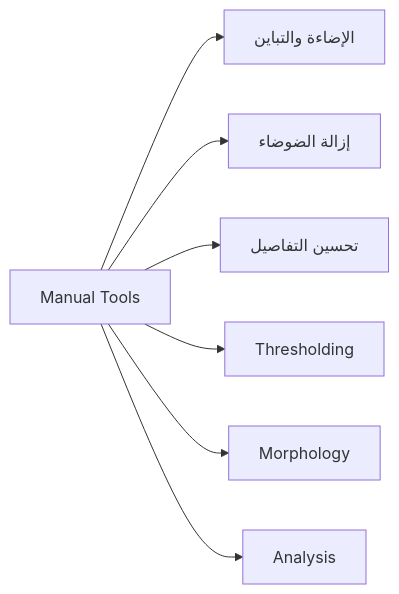
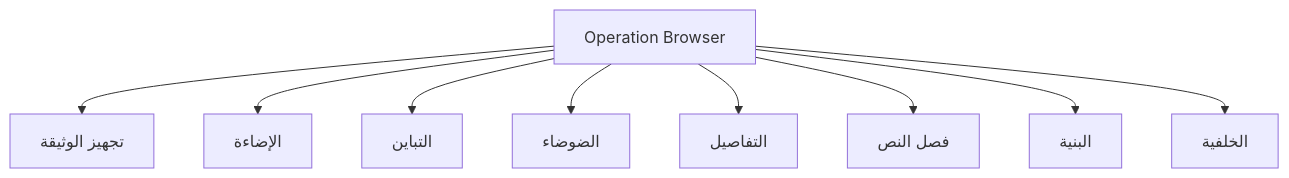
The fifth of 7 diagrams in docs/frontend-components.md (Alhareith/manuscript-doctor), drawn with Mermaid before and after one commit. The commit also changed other lines of this file and 168 other files, not shown here.

````diff
--- a/docs/frontend-components.md
+++ b/docs/frontend-components.md
@@ -189,10 +206,11 @@
 ```mermaid
-flowchart LR
-    A["Manual Tools"]
-    A --> B["الإضاءة والتباين"]
-    A --> C["إزالة الضوضاء"]
-    A --> D["تحسين التفاصيل"]
-    A --> E["Thresholding"]
-    A --> F["Morphology"]
-    A --> G["Analysis"]
+flowchart TD
+    M["Operation Browser"] --> P["تجهيز الوثيقة"]
+    M --> L["الإضاءة"]
+    M --> C["التباين"]
+    M --> N["الضوضاء"]
+    M --> D["التفاصيل"]
+    M --> T["فصل النص"]
+    M --> S["البنية"]
+    M --> B["الخلفية"]
 ```
````
